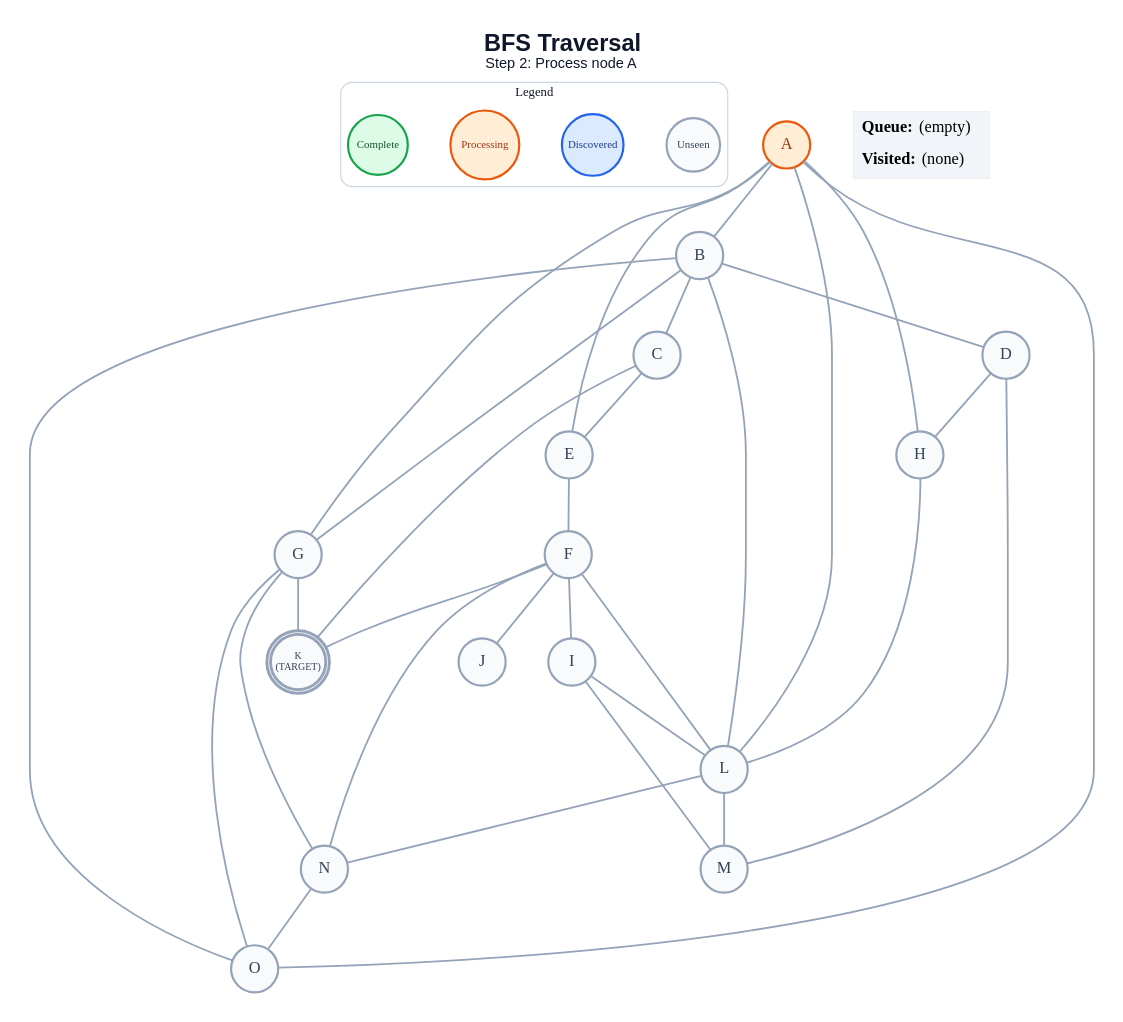
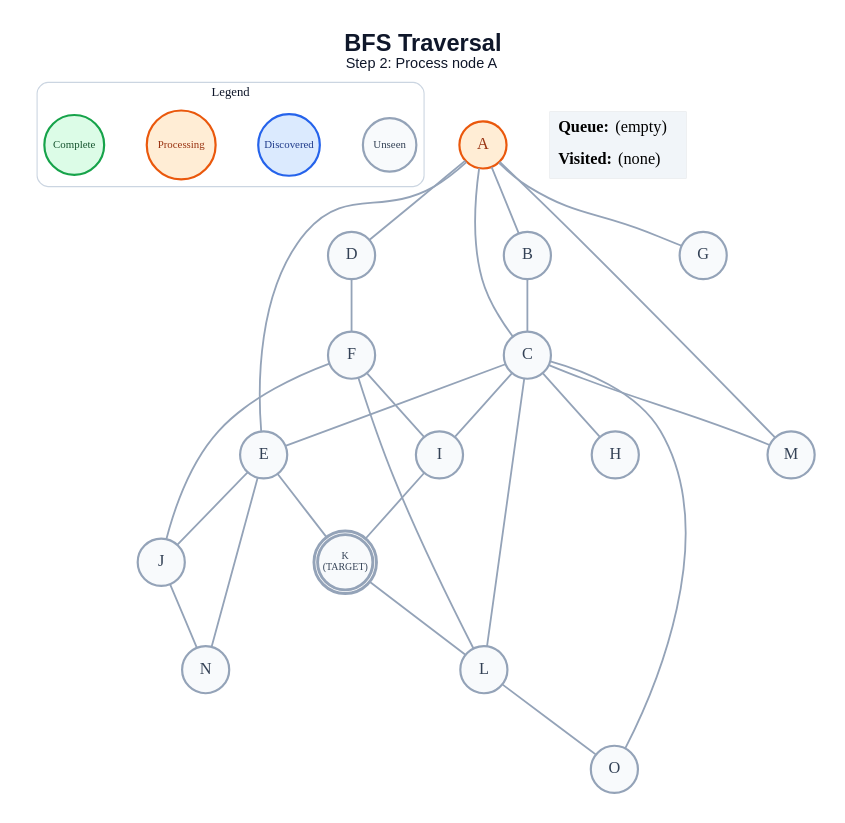
One commit to anon7238593-create/ai-slop changed the diagram in generated/bfs/step_02.dot. Above: the diagram before and after it, drawn with Graphviz. The commit also changed 262 other files, not shown here.

```diff
--- a/generated/bfs/step_02.dot
+++ b/generated/bfs/step_02.dot
@@ -1,64 +1,58 @@
 graph traversal {
   graph [layout=dot, rankdir=TB, bgcolor="#FFFFFF", pad="0.35", nodesep="0.65", ranksep="0.8", fontname="Arial"];
   node [shape=circle, style="filled", fontname="Arial Bold", fontsize=18, width=0.72, fixedsize=true, penwidth=2.4];
   edge [color="#94A3B8", penwidth=2.0];
   label=<<B>BFS Traversal</B><BR/><FONT POINT-SIZE="16">Step 2: Process node A</FONT>>; labelloc="t"; fontsize=26; fontname="Arial"; fontcolor="#0F172A";
   subgraph cluster_legend { label="Legend"; color="#CBD5E1"; penwidth=1.2; style="rounded"; fontsize=14; fontname="Arial Bold";
     key_unseen [label="Unseen", fillcolor="#F8FAFC", color="#94A3B8", fontcolor="#334155", fontsize=12, width=0.82];
     key_frontier [label="Discovered", fillcolor="#DBEAFE", color="#2563EB", fontcolor="#1E3A8A", fontsize=12, width=0.95];
     key_current [label="Processing", fillcolor="#FFEDD5", color="#EA580C", fontcolor="#9A3412", fontsize=12, width=1.05];
     key_done [label="Complete", fillcolor="#DCFCE7", color="#16A34A", fontcolor="#14532D", fontsize=12, width=0.92];
     { rank=same; key_unseen; key_frontier; key_current; key_done; }
   }
   A [label="A", fillcolor="#FFEDD5", color="#EA580C", fontcolor="#9A3412", peripheries=1, penwidth=2.4];
   B [label="B", fillcolor="#F8FAFC", color="#94A3B8", fontcolor="#334155", peripheries=1, penwidth=2.4];
   C [label="C", fillcolor="#F8FAFC", color="#94A3B8", fontcolor="#334155", peripheries=1, penwidth=2.4];
   D [label="D", fillcolor="#F8FAFC", color="#94A3B8", fontcolor="#334155", peripheries=1, penwidth=2.4];
   E [label="E", fillcolor="#F8FAFC", color="#94A3B8", fontcolor="#334155", peripheries=1, penwidth=2.4];
   F [label="F", fillcolor="#F8FAFC", color="#94A3B8", fontcolor="#334155", peripheries=1, penwidth=2.4];
   G [label="G", fillcolor="#F8FAFC", color="#94A3B8", fontcolor="#334155", peripheries=1, penwidth=2.4];
   H [label="H", fillcolor="#F8FAFC", color="#94A3B8", fontcolor="#334155", peripheries=1, penwidth=2.4];
   I [label="I", fillcolor="#F8FAFC", color="#94A3B8", fontcolor="#334155", peripheries=1, penwidth=2.4];
   J [label="J", fillcolor="#F8FAFC", color="#94A3B8", fontcolor="#334155", peripheries=1, penwidth=2.4];
   K [label="K\n(TARGET)", fillcolor="#F8FAFC", color="#94A3B8", fontcolor="#334155", peripheries=2, penwidth=3.2, fontsize=11, width=0.85, height=0.85];
   L [label="L", fillcolor="#F8FAFC", color="#94A3B8", fontcolor="#334155", peripheries=1, penwidth=2.4];
   M [label="M", fillcolor="#F8FAFC", color="#94A3B8", fontcolor="#334155", peripheries=1, penwidth=2.4];
   N [label="N", fillcolor="#F8FAFC", color="#94A3B8", fontcolor="#334155", peripheries=1, penwidth=2.4];
   O [label="O", fillcolor="#F8FAFC", color="#94A3B8", fontcolor="#334155", peripheries=1, penwidth=2.4];
   A -- B;
+  A -- C;
+  A -- D;
   A -- E;
   A -- G;
-  A -- H;
-  A -- L;
-  A -- O;
+  A -- M;
   B -- C;
-  B -- D;
-  B -- G;
-  B -- L;
-  B -- O;
   C -- E;
-  C -- K;
-  D -- H;
-  D -- M;
-  E -- F;
+  C -- H;
+  C -- I;
+  C -- L;
+  C -- M;
+  C -- O;
+  D -- F;
+  E -- J;
+  E -- K;
+  E -- N;
   F -- I;
   F -- J;
-  F -- K;
   F -- L;
-  F -- N;
-  G -- K;
-  G -- N;
-  G -- O;
-  H -- L;
-  I -- L;
-  I -- M;
-  L -- M;
-  L -- N;
-  N -- O;
+  I -- K;
+  J -- N;
+  K -- L;
+  L -- O;
   status [shape=plain, fixedsize=false, width=0, height=0, margin=0, label=<
     <TABLE BORDER="0" CELLBORDER="0" CELLPADDING="7" BGCOLOR="#F1F5F9">
       <TR><TD ALIGN="LEFT"><B>Queue:</B> (empty)</TD></TR>
       <TR><TD ALIGN="LEFT"><B>Visited:</B> (none)</TD></TR>
     </TABLE>
   >];
 }
```
